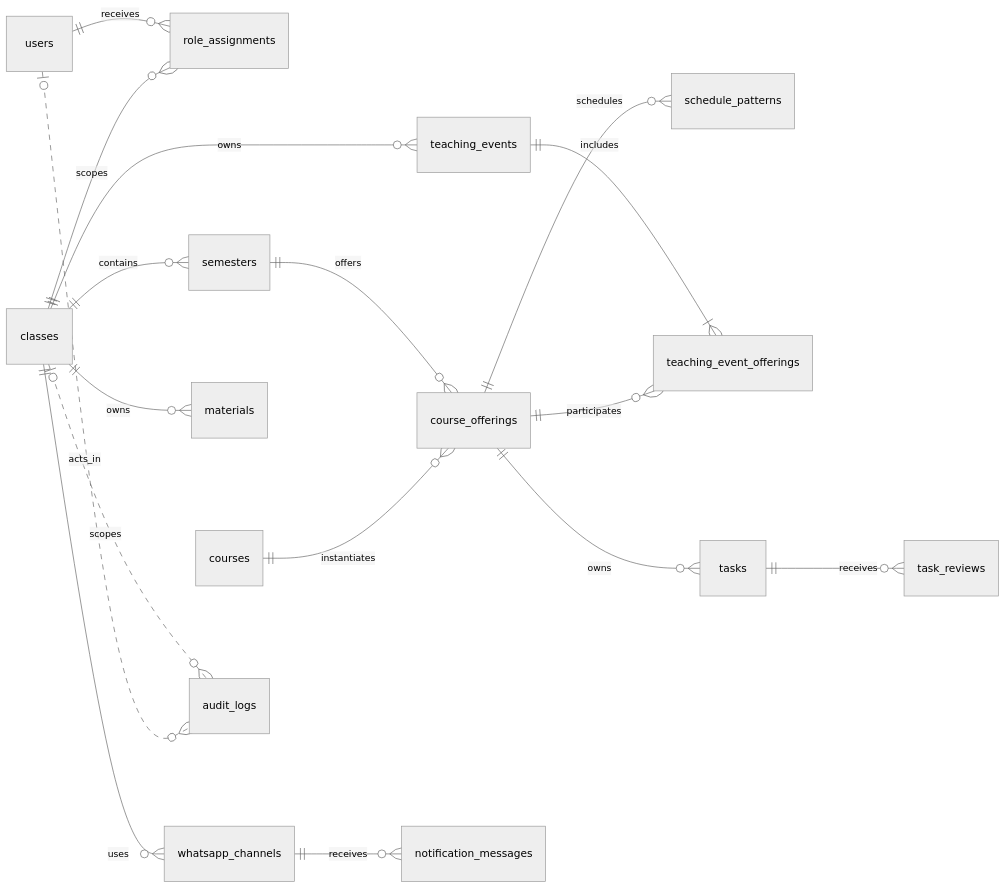
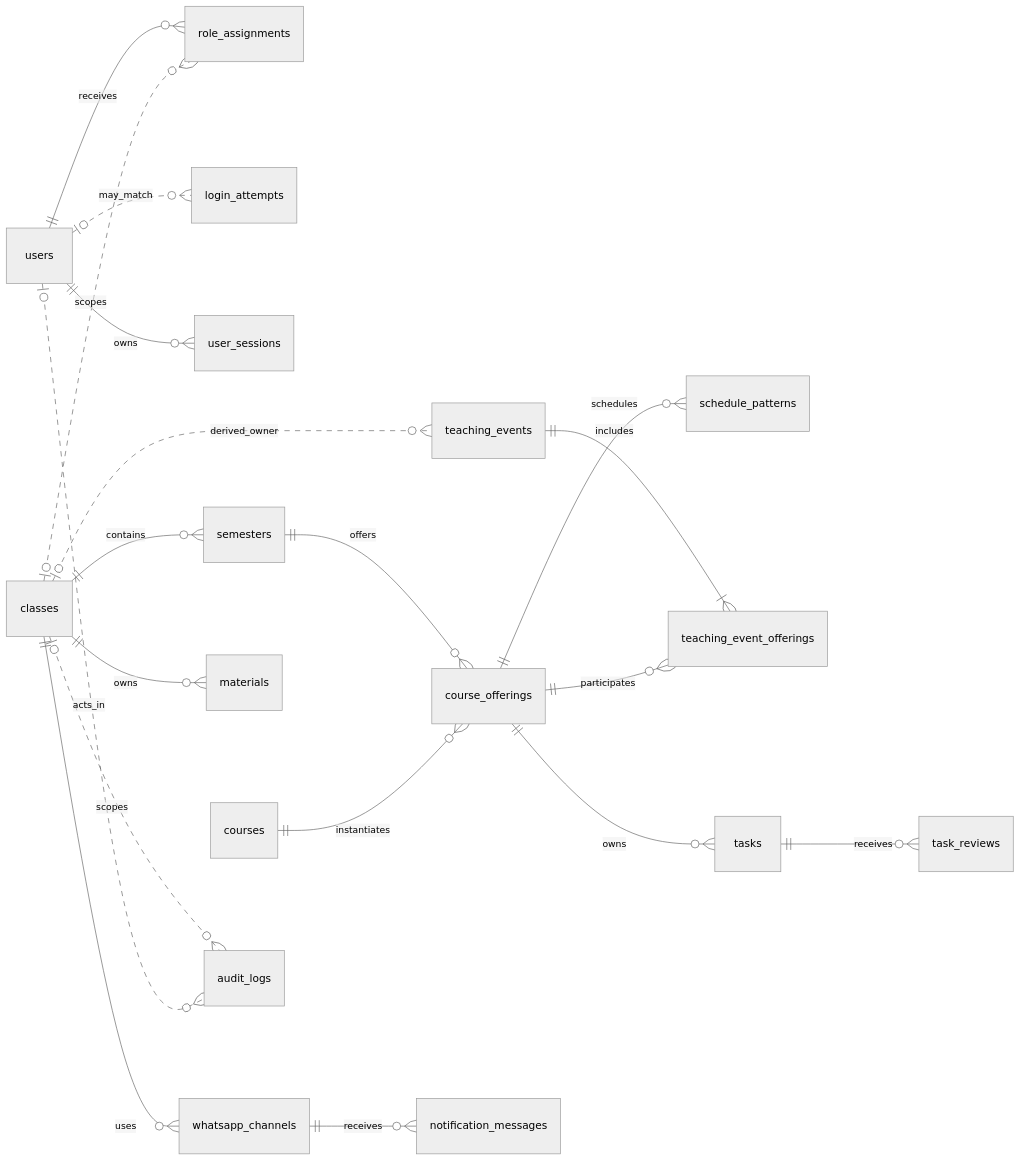
One commit to darvaaph/bot-wa-jadwal changed the first of 7 diagrams in docs/product/ERD.md. Above: the diagram before and after it, drawn with Mermaid (neutral theme). The commit also changed other lines of this file and 8 other files, not shown here.

````diff
--- a/docs/product/ERD.md
+++ b/docs/product/ERD.md
@@ -35,37 +35,41 @@
 ```mermaid
 erDiagram
     direction LR
 
     users ||--o{ roleAssignments : receives
-    classes ||--o{ roleAssignments : scopes
+    users o|..o{ loginAttempts : may_match
+    users ||--o{ userSessions : owns
+    classes o|..o{ roleAssignments : scopes
     classes ||--o{ semesters : contains
     semesters ||--o{ courseOfferings : offers
     courses ||--o{ courseOfferings : instantiates
     courseOfferings ||--o{ schedulePatterns : schedules
-    classes ||--o{ teachingEvents : owns
+    classes o|..o{ teachingEvents : derived_owner
     teachingEvents ||--|{ teachingEventOfferings : includes
     courseOfferings ||--o{ teachingEventOfferings : participates
     courseOfferings ||--o{ tasks : owns
     tasks ||--o{ taskReviews : receives
     classes ||--o{ materials : owns
     classes ||--o{ whatsappChannels : uses
     whatsappChannels ||--o{ notificationMessages : receives
     classes o|..o{ auditLogs : scopes
     users o|..o{ auditLogs : acts_in
 
     users["users"]
     roleAssignments["role_assignments"]
+    loginAttempts["login_attempts"]
+    userSessions["user_sessions"]
     classes["classes"]
     semesters["semesters"]
     courses["courses"]
     courseOfferings["course_offerings"]
     schedulePatterns["schedule_patterns"]
     teachingEvents["teaching_events"]
     teachingEventOfferings["teaching_event_offerings"]
     tasks["tasks"]
     taskReviews["task_reviews"]
     materials["materials"]
     whatsappChannels["whatsapp_channels"]
     notificationMessages["notification_messages"]
     auditLogs["audit_logs"]
 ```
````
